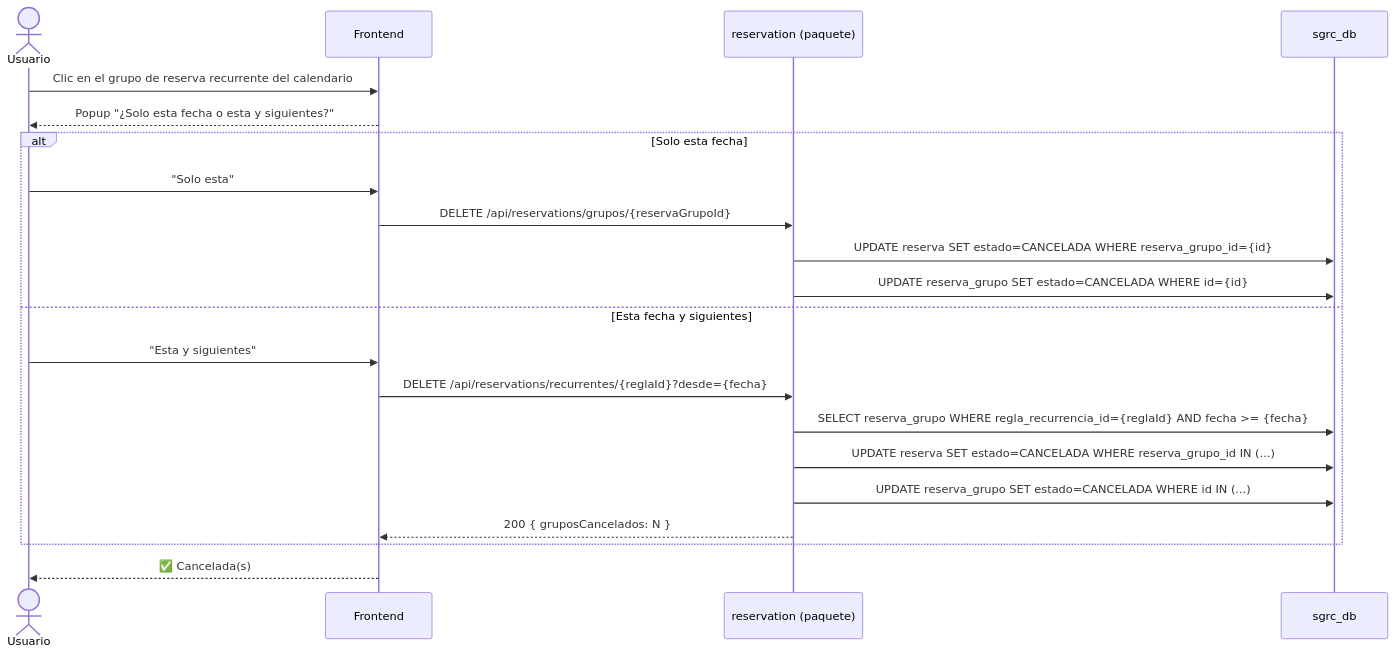
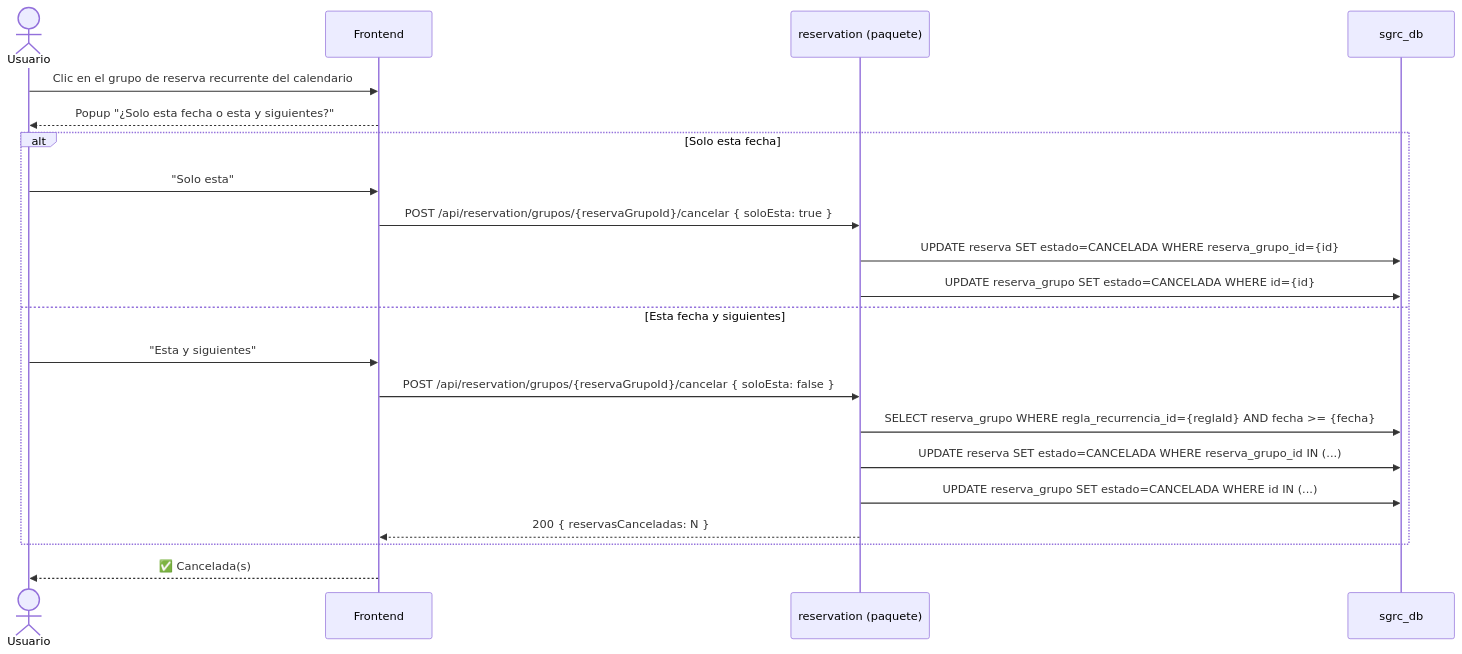
The sixth of 14 diagrams in docs/04-diagramas-secuencia.md (agustin-y2k/sgrc), drawn with Mermaid before and after one commit. The commit also changed other lines of this file and 57 other files, not shown here.

````diff
--- a/docs/04-diagramas-secuencia.md
+++ b/docs/04-diagramas-secuencia.md
@@ -159,24 +195,24 @@
 ```mermaid
 sequenceDiagram
     actor U as Usuario
     participant FE as Frontend
     participant RES as reservation (paquete)
     participant DB as sgrc_db
 
     U->>FE: Clic en el grupo de reserva recurrente del calendario
     FE-->>U: Popup "¿Solo esta fecha o esta y siguientes?"
     alt Solo esta fecha
         U->>FE: "Solo esta"
-        FE->>RES: DELETE /api/reservations/grupos/{reservaGrupoId}
+        FE->>RES: POST /api/reservation/grupos/{reservaGrupoId}/cancelar { soloEsta: true }
         RES->>DB: UPDATE reserva SET estado=CANCELADA WHERE reserva_grupo_id={id}
         RES->>DB: UPDATE reserva_grupo SET estado=CANCELADA WHERE id={id}
     else Esta fecha y siguientes
         U->>FE: "Esta y siguientes"
-        FE->>RES: DELETE /api/reservations/recurrentes/{reglaId}?desde={fecha}
+        FE->>RES: POST /api/reservation/grupos/{reservaGrupoId}/cancelar { soloEsta: false }
         RES->>DB: SELECT reserva_grupo WHERE regla_recurrencia_id={reglaId} AND fecha >= {fecha}
         RES->>DB: UPDATE reserva SET estado=CANCELADA WHERE reserva_grupo_id IN (...)
         RES->>DB: UPDATE reserva_grupo SET estado=CANCELADA WHERE id IN (...)
-        RES-->>FE: 200 { gruposCancelados: N }
+        RES-->>FE: 200 { reservasCanceladas: N }
     end
     FE-->>U: ✅ Cancelada(s)
 ```
````
